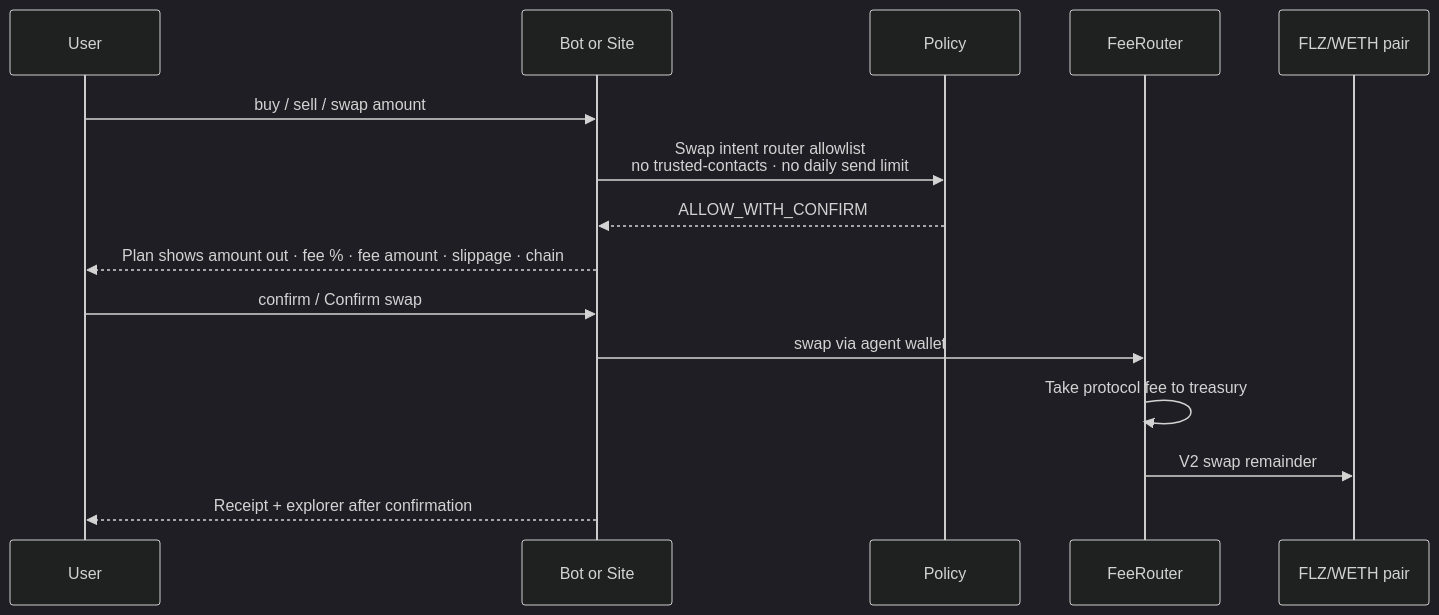
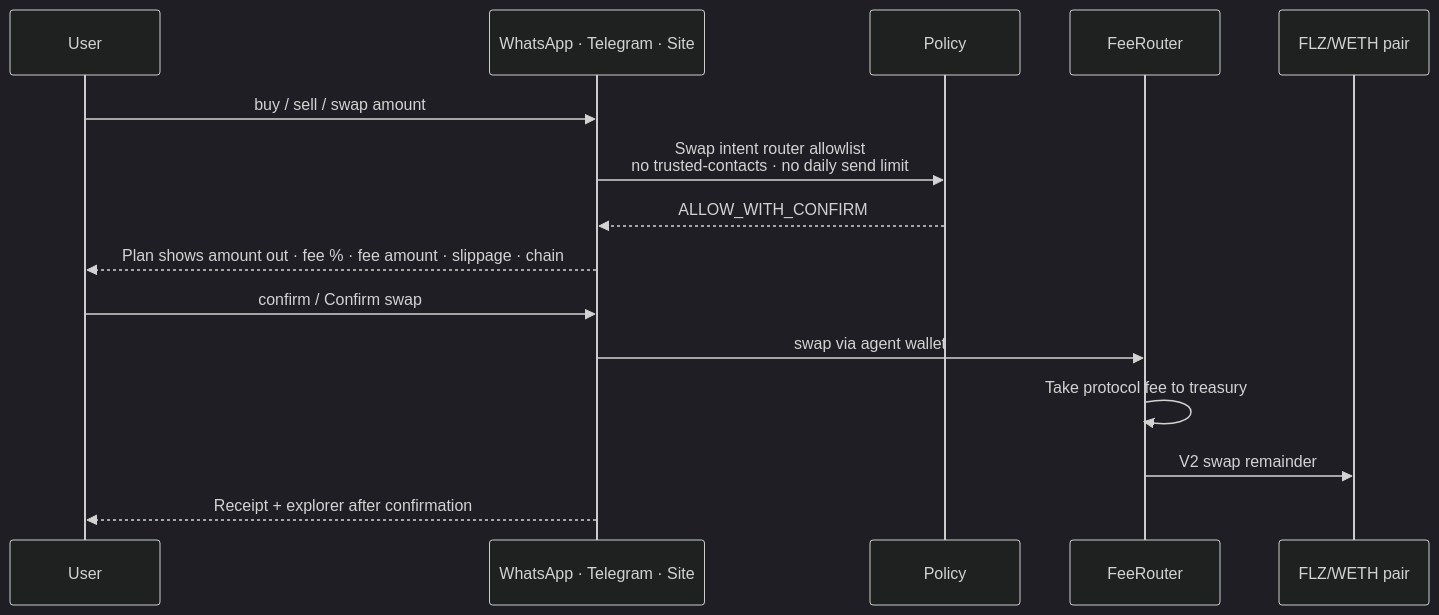
Before and after one commit to rudazy/flizy: the sixth of 7 diagrams in README.md, drawn with Mermaid (dark theme). The commit also changed other lines of this file and 46 other files, not shown here.

Commit message:
Add Telegram client

````diff
--- a/README.md
+++ b/README.md
@@ -191,18 +268,18 @@
 ```mermaid
 sequenceDiagram
   participant U as User
-  participant Client as Bot or Site
+  participant Client as WhatsApp · Telegram · Site
   participant Pol as Policy
   participant Fee as FeeRouter
   participant Pair as FLZ/WETH pair
 
   U->>Client: buy / sell / swap amount
   Client->>Pol: Swap intent router allowlist<br/>no trusted-contacts · no daily send limit
   Pol-->>Client: ALLOW_WITH_CONFIRM
   Client-->>U: Plan shows amount out · fee % · fee amount · slippage · chain
   U->>Client: confirm / Confirm swap
   Client->>Fee: swap via agent wallet
   Fee->>Fee: Take protocol fee to treasury
   Fee->>Pair: V2 swap remainder
   Client-->>U: Receipt + explorer after confirmation
 ```
````
